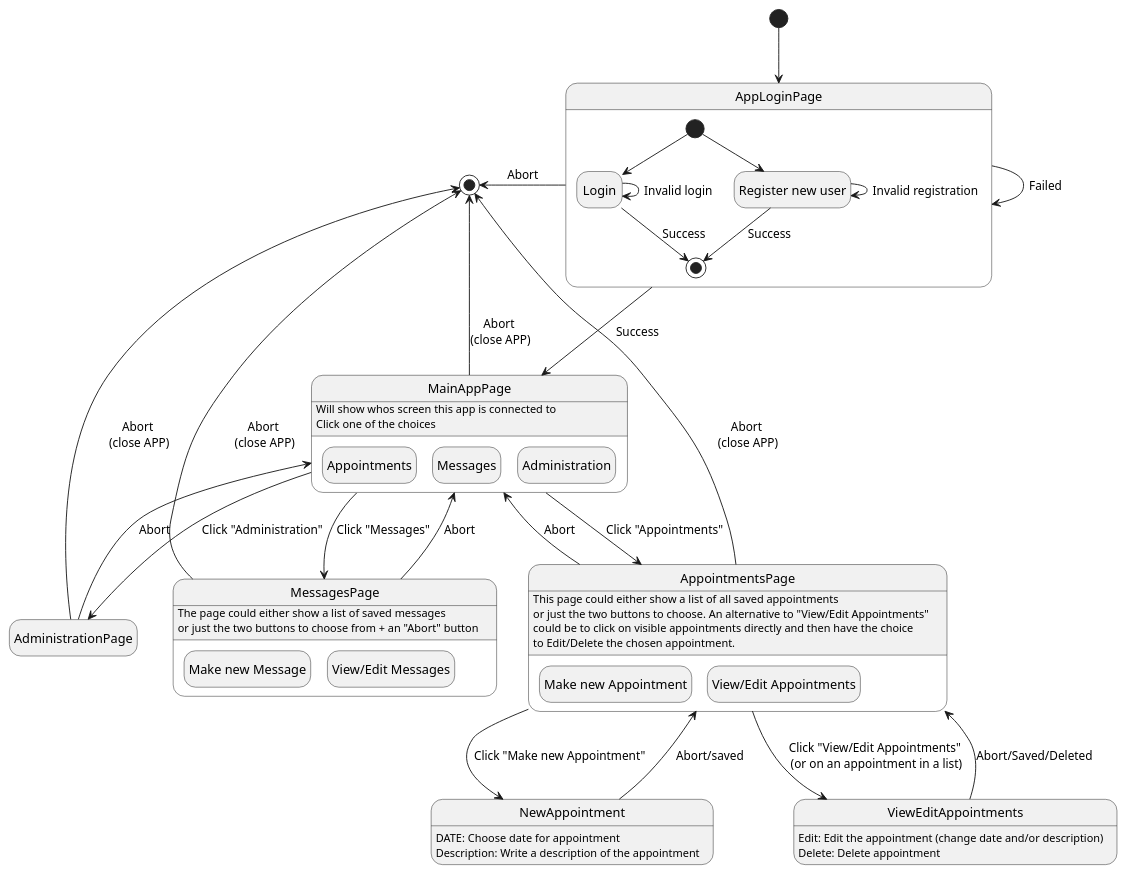
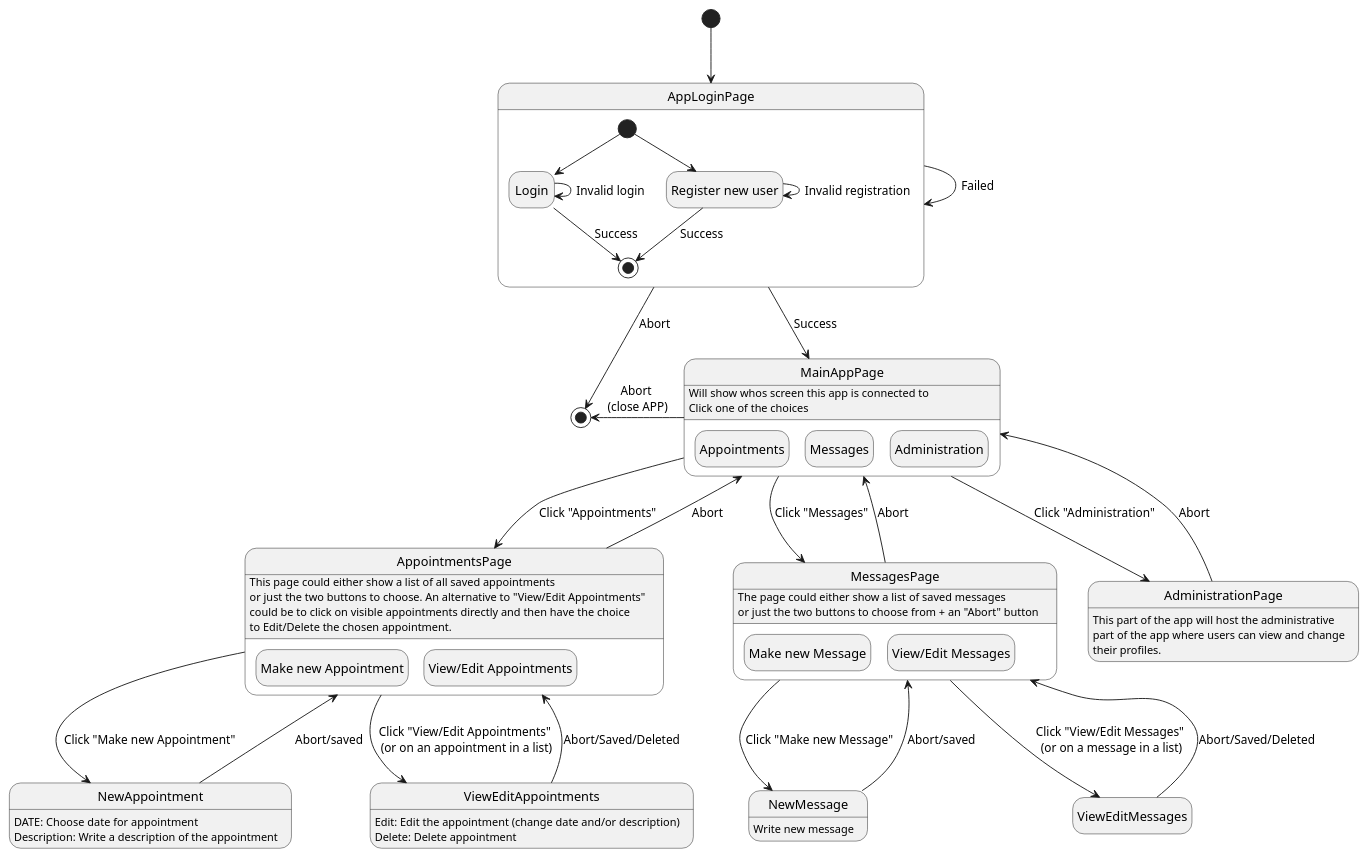
One commit to EvryShadeofBlue/SET-utiviklingsprosjekt-Gruppe5 changed the diagram in Diagram/App_Model.puml. Above: the diagram before and after it, drawn with PlantUML. The commit also changed 2 other files, not shown here.

Commit message:
more info in model of app

```diff
--- a/Diagram/App_Model.puml
+++ b/Diagram/App_Model.puml
@@ -1,74 +1,84 @@
 @startuml
 'https://plantuml.com/state-diagram
 
 hide empty description
 
 [*] --> AppLoginPage
 AppLoginPage --> AppLoginPage : Failed
-AppLoginPage -left-> [*] : Abort
+AppLoginPage --> [*] : Abort
 state AppLoginPage {
 
     state "Login" as long1
     state "Register new user" as long2
     [*] --> long1
     long1 --> long1 : Invalid login
     long1 --> [*] : Success
     [*] --> long2
     long2 --> long2 : Invalid registration
     long2 --> [*] : Success
 }
 
 AppLoginPage --> MainAppPage : Success
 
 MainAppPage: Will show whos screen this app is connected to
 MainAppPage: Click one of the choices
 
 state MainAppPage {
 
     state "Appointments" as long3
     state "Messages" as long4
     state "Administration" as long5
 
 }
 
 MainAppPage --> AppointmentsPage : Click "Appointments"
 
 AppointmentsPage: This page could either show a list of all saved appointments
 AppointmentsPage: or just the two buttons to choose. An alternative to "View/Edit Appointments"
 AppointmentsPage: could be to click on visible appointments directly and then have the choice
 AppointmentsPage: to Edit/Delete the chosen appointment.
 AppointmentsPage --> MainAppPage : Abort
 
 state AppointmentsPage {
     state "Make new Appointment" as long6
     state "View/Edit Appointments" as long7
 }
 
 AppointmentsPage --> NewAppointment : Click "Make new Appointment"
 NewAppointment --> AppointmentsPage: Abort/saved
 NewAppointment: DATE: Choose date for appointment
 NewAppointment: Description: Write a description of the appointment
 
 AppointmentsPage --> ViewEditAppointments : Click "View/Edit Appointments" \n(or on an appointment in a list)
 ViewEditAppointments --> AppointmentsPage : Abort/Saved/Deleted
 ViewEditAppointments: Edit: Edit the appointment (change date and/or description)
 ViewEditAppointments: Delete: Delete appointment
 
 MainAppPage --> MessagesPage: Click "Messages"
 MessagesPage --> MainAppPage : Abort
 
 state MessagesPage {
     state "Make new Message" as long8
     state "View/Edit Messages" as long9
 }
+
 MessagesPage: The page could either show a list of saved messages
 MessagesPage: or just the two buttons to choose from + an "Abort" button
+
+MessagesPage --> NewMessage : Click "Make new Message"
+NewMessage --> MessagesPage : Abort/saved
+NewMessage: Write new message
+
+MessagesPage --> ViewEditMessages : Click "View/Edit Messages" \n(or on a message in a list)
+ViewEditMessages --> MessagesPage : Abort/Saved/Deleted
+
+
 MainAppPage --> AdministrationPage: Click "Administration"
 AdministrationPage --> MainAppPage : Abort
+AdministrationPage: This part of the app will host the administrative
+AdministrationPage: part of the app where users can view and change
+AdministrationPage: their profiles.
 
-MainAppPage --> [*] : Abort \n(close APP)
-AppointmentsPage --> [*] : Abort \n(close APP)
-MessagesPage --> [*] : Abort \n(close APP)
-AdministrationPage --> [*] : Abort \n(close APP)
+MainAppPage -left-> [*] : Abort \n(close APP)
 
 @enduml
```
